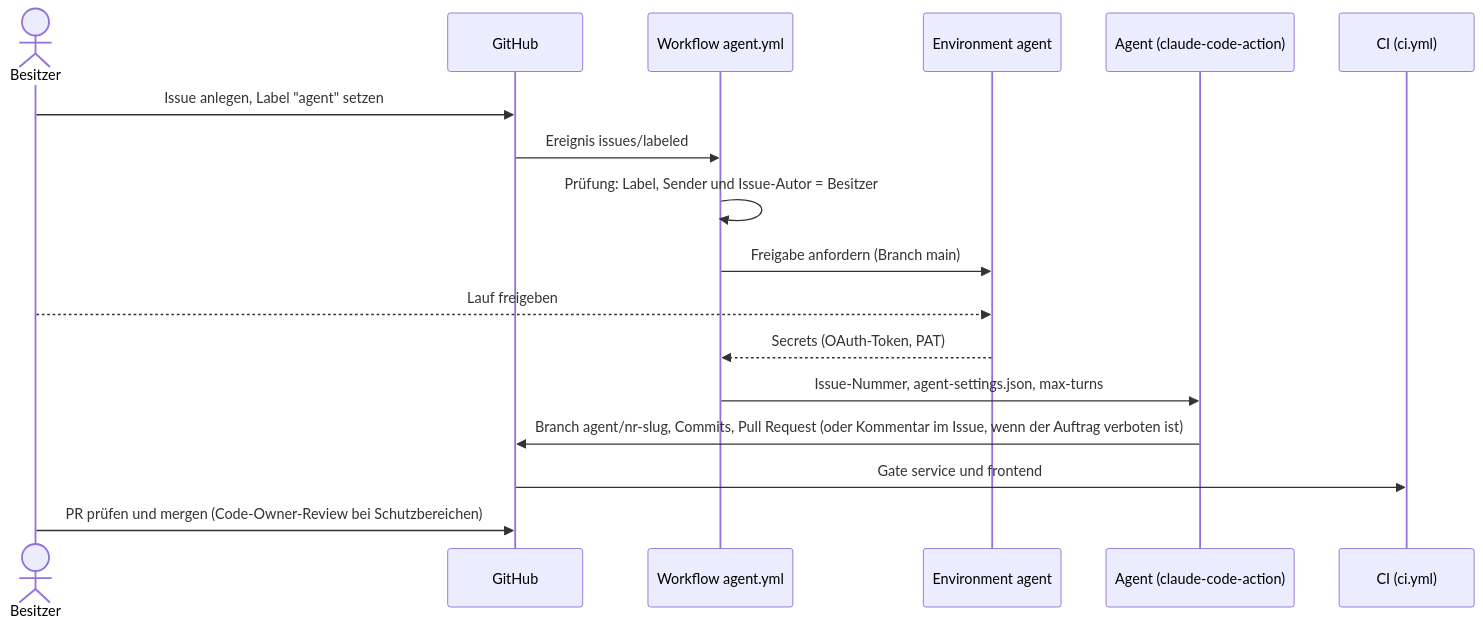
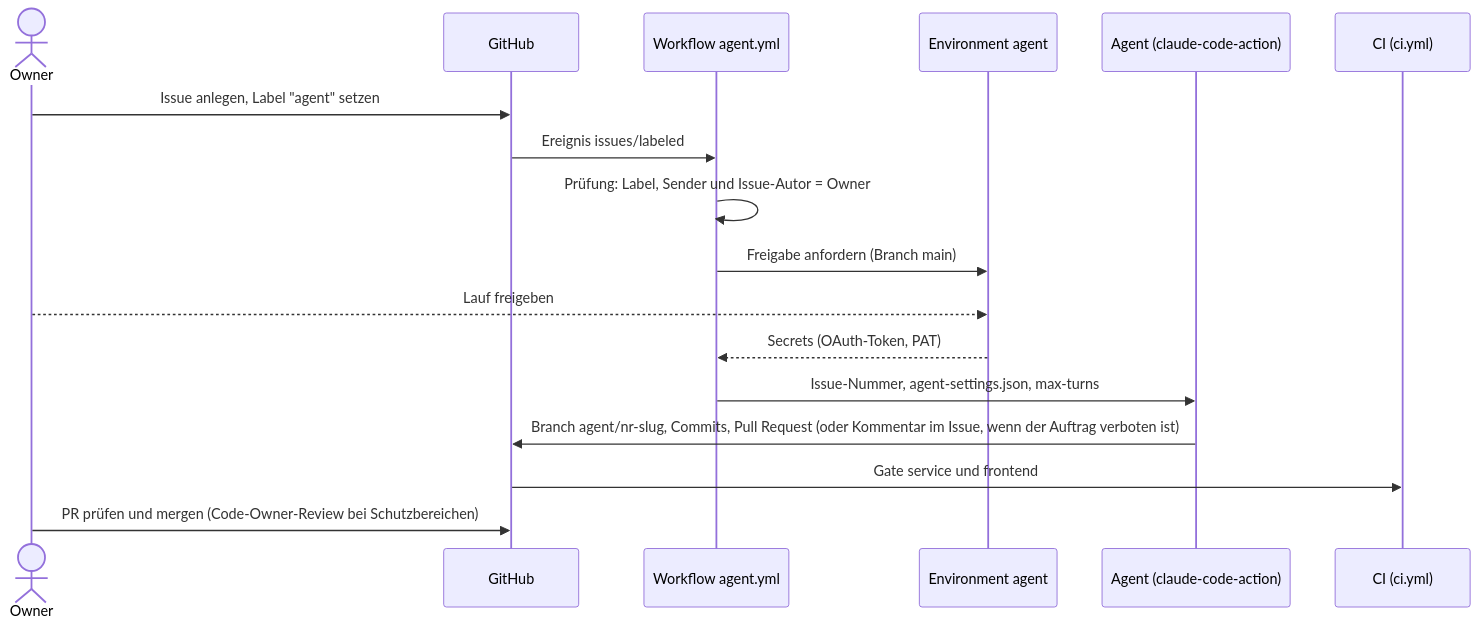
Before and after one commit to juheba/sw-factory-tryout: the fourth of 5 diagrams in docs/architecture.md, drawn with Mermaid. The commit also changed other lines of this file and 8 other files, not shown here.

````diff
--- a/docs/architecture.md
+++ b/docs/architecture.md
@@ -62,19 +62,19 @@
 ```mermaid
 sequenceDiagram
-    actor O as Besitzer
+    actor O as Owner
     participant GH as GitHub
     participant WF as Workflow agent.yml
     participant Env as Environment agent
     participant A as Agent (claude-code-action)
     participant CI as CI (ci.yml)
     O->>GH: Issue anlegen, Label "agent" setzen
     GH->>WF: Ereignis issues/labeled
-    WF->>WF: Prüfung: Label, Sender und Issue-Autor = Besitzer
+    WF->>WF: Prüfung: Label, Sender und Issue-Autor = Owner
     WF->>Env: Freigabe anfordern (Branch main)
     O-->>Env: Lauf freigeben
     Env-->>WF: Secrets (OAuth-Token, PAT)
     WF->>A: Issue-Nummer, agent-settings.json, max-turns
     A->>GH: Branch agent/nr-slug, Commits, Pull Request (oder Kommentar im Issue, wenn der Auftrag verboten ist)
     GH->>CI: Gate service und frontend
     O->>GH: PR prüfen und mergen (Code-Owner-Review bei Schutzbereichen)
 ```
````
